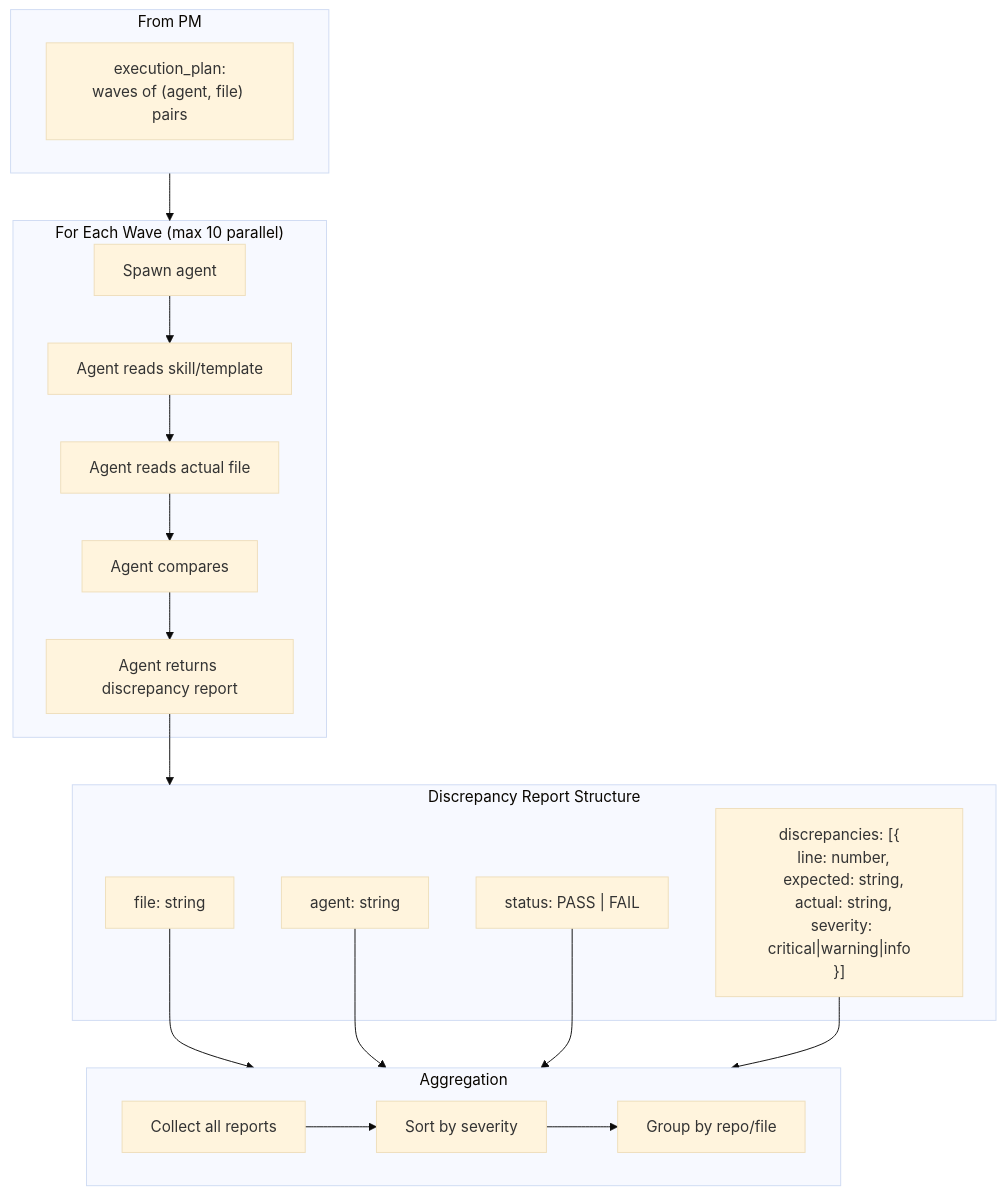
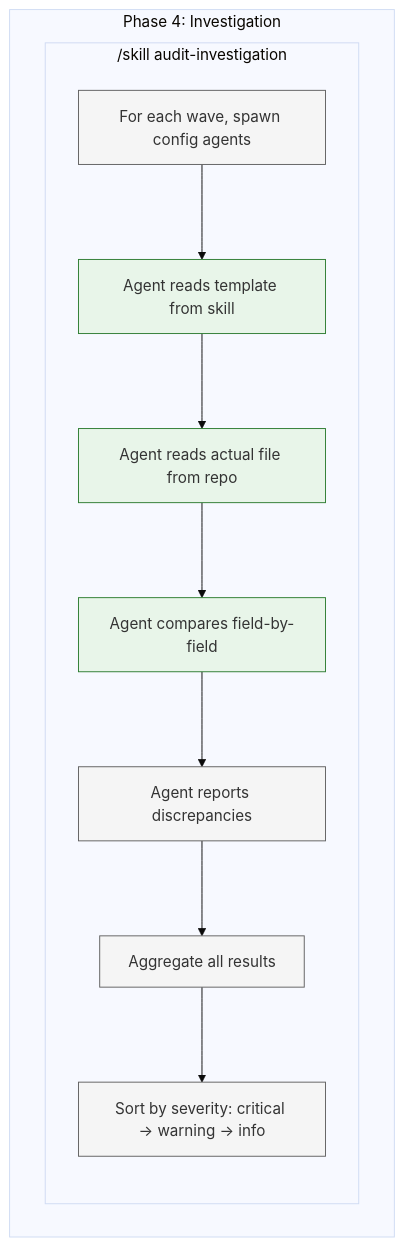
Before and after one commit to metasaver/metasaver-marketplace: the sixth of 9 diagrams in docs/audit-command-target-state.md, drawn with Mermaid (base theme). The commit also changed other lines of this file and 5 other files, not shown here.

````diff
--- a/docs/audit-command-target-state.md
+++ b/docs/audit-command-target-state.md
@@ -341,33 +223,19 @@
 ```mermaid
 flowchart TB
-    subgraph Input["From PM"]
-        EP["execution_plan:<br/>waves of (agent, file) pairs"]
+    classDef skill fill:#fff8e1,stroke:#f57f17,stroke-width:2px
+    classDef step fill:#f5f5f5,stroke:#616161,stroke-width:1px
+    classDef readonly fill:#e8f5e9,stroke:#2e7d32,stroke-width:1px
+
+    subgraph P4["Phase 4: Investigation"]
+        subgraph INV["/skill audit-investigation"]
+            I1["For each wave, spawn config agents"]:::step
+            I2["Agent reads template from skill"]:::readonly
+            I3["Agent reads actual file from repo"]:::readonly
+            I4["Agent compares field-by-field"]:::readonly
+            I5["Agent reports discrepancies"]:::step
+            I6["Aggregate all results"]:::step
+            I7["Sort by severity: critical → warning → info"]:::step
+            I1 --> I2 --> I3 --> I4 --> I5 --> I6 --> I7
+        end
     end
-
-    subgraph Wave["For Each Wave (max 10 parallel)"]
-        W1["Spawn agent"]
-        W2["Agent reads skill/template"]
-        W3["Agent reads actual file"]
-        W4["Agent compares"]
-        W5["Agent returns discrepancy report"]
-    end
-
-    subgraph Report["Discrepancy Report Structure"]
-        R1["file: string"]
-        R2["agent: string"]
-        R3["status: PASS | FAIL"]
-        R4["discrepancies: [{<br/>  line: number,<br/>  expected: string,<br/>  actual: string,<br/>  severity: critical|warning|info<br/>}]"]
-    end
-
-    subgraph Aggregate["Aggregation"]
-        A1["Collect all reports"]
-        A2["Sort by severity"]
-        A3["Group by repo/file"]
-    end
-
-    Input --> Wave
-    W1 --> W2 --> W3 --> W4 --> W5
-    W5 --> Report
-    R1 & R2 & R3 & R4 --> Aggregate
-    A1 --> A2 --> A3
 ```
````
